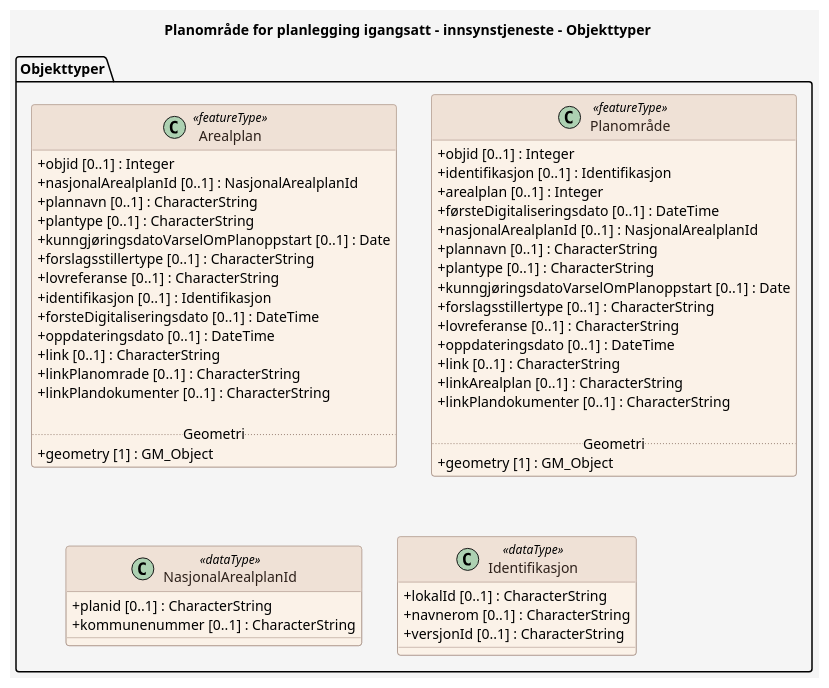
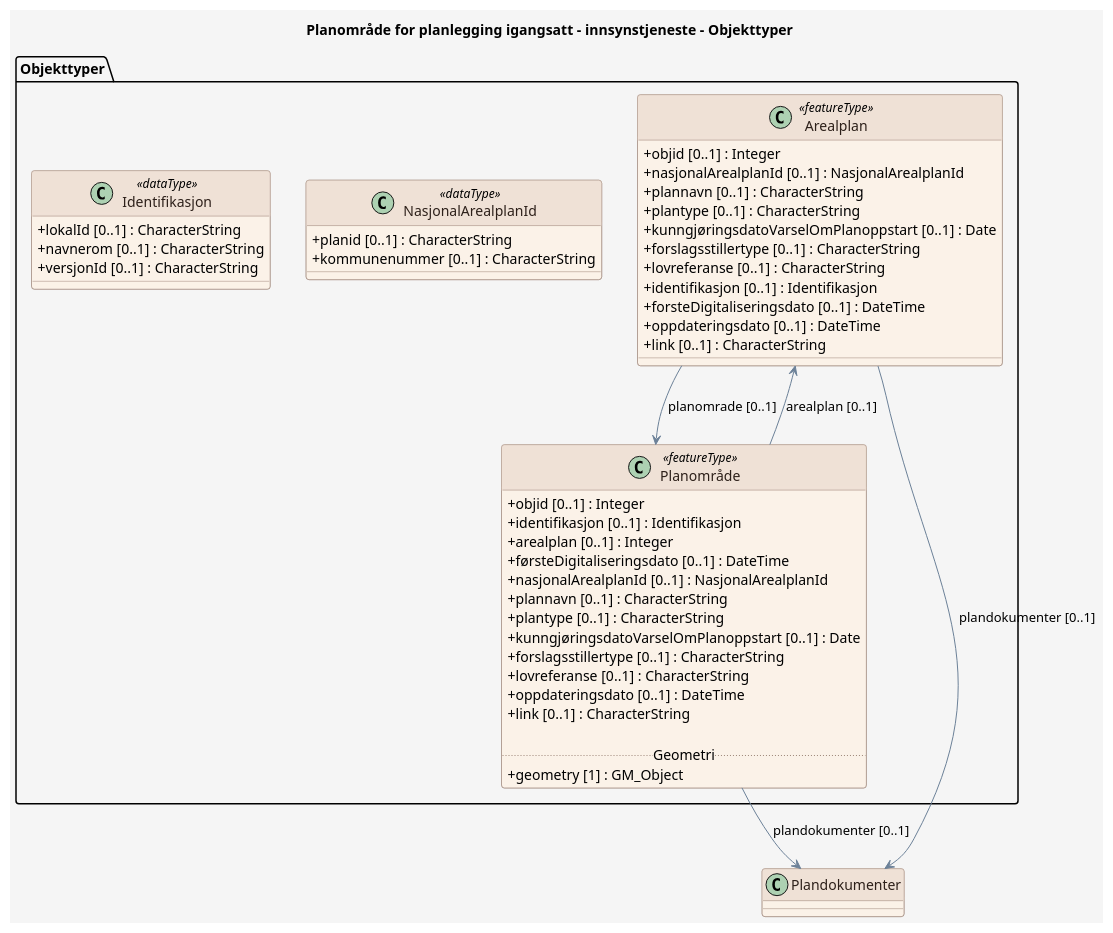
One commit to Arkitektum/produktspesifikasjon_plandata changed the diagram in produktspesifikasjon/planleggingigangsatt/innsynstjeneste/innsynstjeneste_feature_catalogue.puml. Above: the diagram before and after it, drawn with PlantUML. The commit also changed 6 other files, not shown here.

```diff
--- a/produktspesifikasjon/planleggingigangsatt/innsynstjeneste/innsynstjeneste_feature_catalogue.puml
+++ b/produktspesifikasjon/planleggingigangsatt/innsynstjeneste/innsynstjeneste_feature_catalogue.puml
@@ -1,78 +1,76 @@
 @startuml
 title Planområde for planlegging igangsatt - innsynstjeneste - Objekttyper
 
 skinparam backgroundColor #F5F5F5
 skinparam shadowing false
 skinparam RoundCorner 6
 skinparam ArrowColor #6C8198
 skinparam class {
   BackgroundColor #FBF2E8
   BorderColor #9C8578
   FontColor #2D201A
   HeaderBackgroundColor #EFE1D6
   HeaderFontColor #2D201A
   AttributeIconSize 0
 }
 skinparam note {
   BackgroundColor #FFFFFF
   BorderColor #6C8198
   FontColor #2D201A
 }
 skinparam stereotypeCBackgroundColor #EAD9CE
 skinparam stereotypeCBorderColor #9C8578
 skinparam stereotypeCFontColor #2D201A
 
 package "Objekttyper" {
 
   class Arealplan <<featureType>> {
     + objid [0..1] : Integer
     + nasjonalArealplanId [0..1] : NasjonalArealplanId
     + plannavn [0..1] : CharacterString
     + plantype [0..1] : CharacterString
     + kunngjøringsdatoVarselOmPlanoppstart [0..1] : Date
     + forslagsstillertype [0..1] : CharacterString
     + lovreferanse [0..1] : CharacterString
     + identifikasjon [0..1] : Identifikasjon
     + forsteDigitaliseringsdato [0..1] : DateTime
     + oppdateringsdato [0..1] : DateTime
     + link [0..1] : CharacterString
-    + linkPlanomrade [0..1] : CharacterString
-    + linkPlandokumenter [0..1] : CharacterString
-
-    ..Geometri..
-    + geometry [1] : GM_Object
   }
 
   class "Planområde" as Planomr_de <<featureType>> {
     + objid [0..1] : Integer
     + identifikasjon [0..1] : Identifikasjon
     + arealplan [0..1] : Integer
     + førsteDigitaliseringsdato [0..1] : DateTime
     + nasjonalArealplanId [0..1] : NasjonalArealplanId
     + plannavn [0..1] : CharacterString
     + plantype [0..1] : CharacterString
     + kunngjøringsdatoVarselOmPlanoppstart [0..1] : Date
     + forslagsstillertype [0..1] : CharacterString
     + lovreferanse [0..1] : CharacterString
     + oppdateringsdato [0..1] : DateTime
     + link [0..1] : CharacterString
-    + linkArealplan [0..1] : CharacterString
-    + linkPlandokumenter [0..1] : CharacterString
 
     ..Geometri..
     + geometry [1] : GM_Object
   }
 
   class NasjonalArealplanId <<dataType>> {
     + planid [0..1] : CharacterString
     + kommunenummer [0..1] : CharacterString
   }
 
   class Identifikasjon <<dataType>> {
     + lokalId [0..1] : CharacterString
     + navnerom [0..1] : CharacterString
     + versjonId [0..1] : CharacterString
   }
 }
 
+  Arealplan --> Planomr_de : planomrade [0..1]
+  Arealplan --> Plandokumenter : plandokumenter [0..1]
+  Planomr_de --> Arealplan : arealplan [0..1]
+  Planomr_de --> Plandokumenter : plandokumenter [0..1]
+
 @enduml
```
